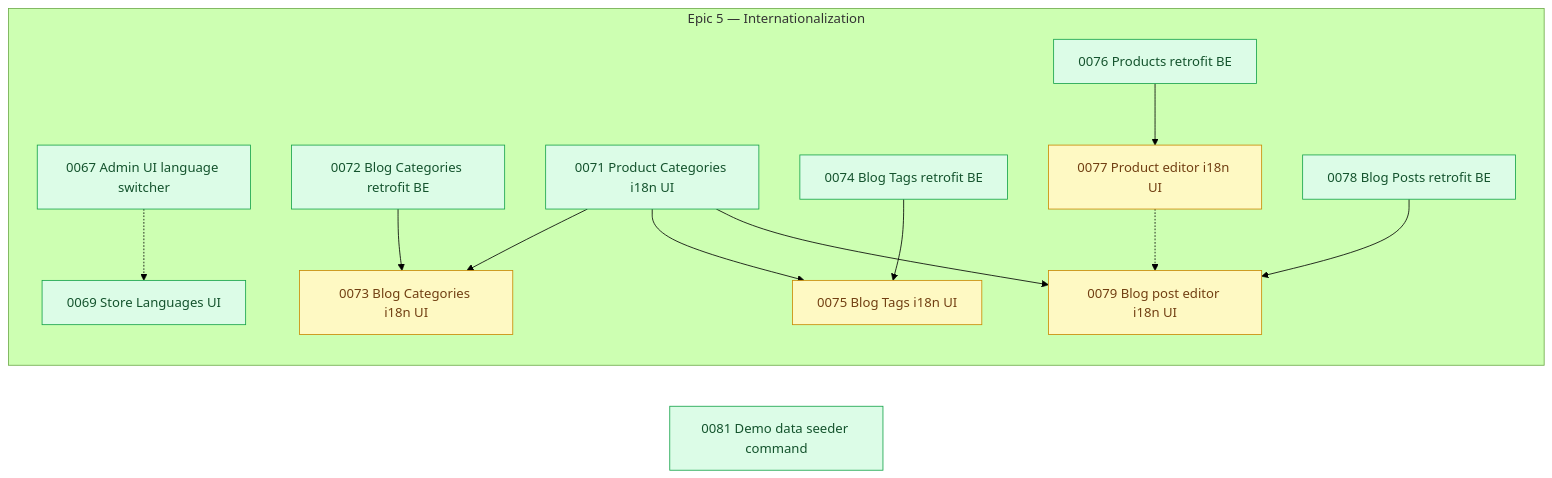
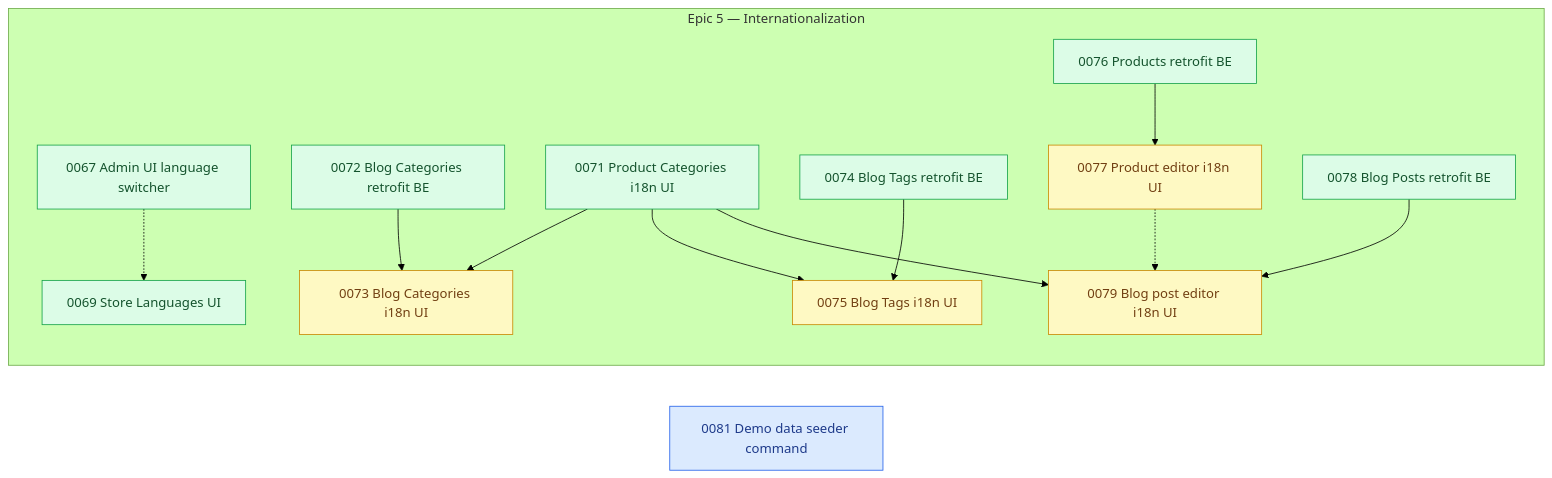
Before and after one commit to shojen/AI4Devs-finalproject: the diagram in arospe/ai-spec/tasks-map.md, drawn with Mermaid (forest theme). The commit also changed other lines of this file and 2 other files, not shown here.

````diff
--- a/arospe/ai-spec/tasks-map.md
+++ b/arospe/ai-spec/tasks-map.md
@@ -475,5 +489,6 @@
     P0077 -.-> P0079
 
     class P0073,P0075,P0077,P0079 pending;
-    class P0067,P0069,P0071,P0072,P0074,P0076,P0078,P0081 ready;
+    class P0067,P0069,P0071,P0072,P0074,P0076,P0078 ready;
+    class P0081 claimed;
 ```
````
